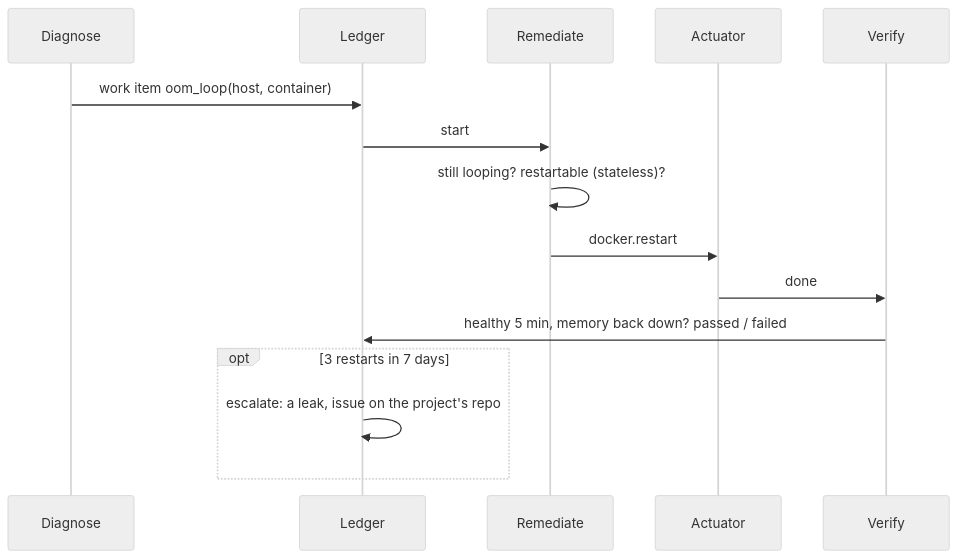
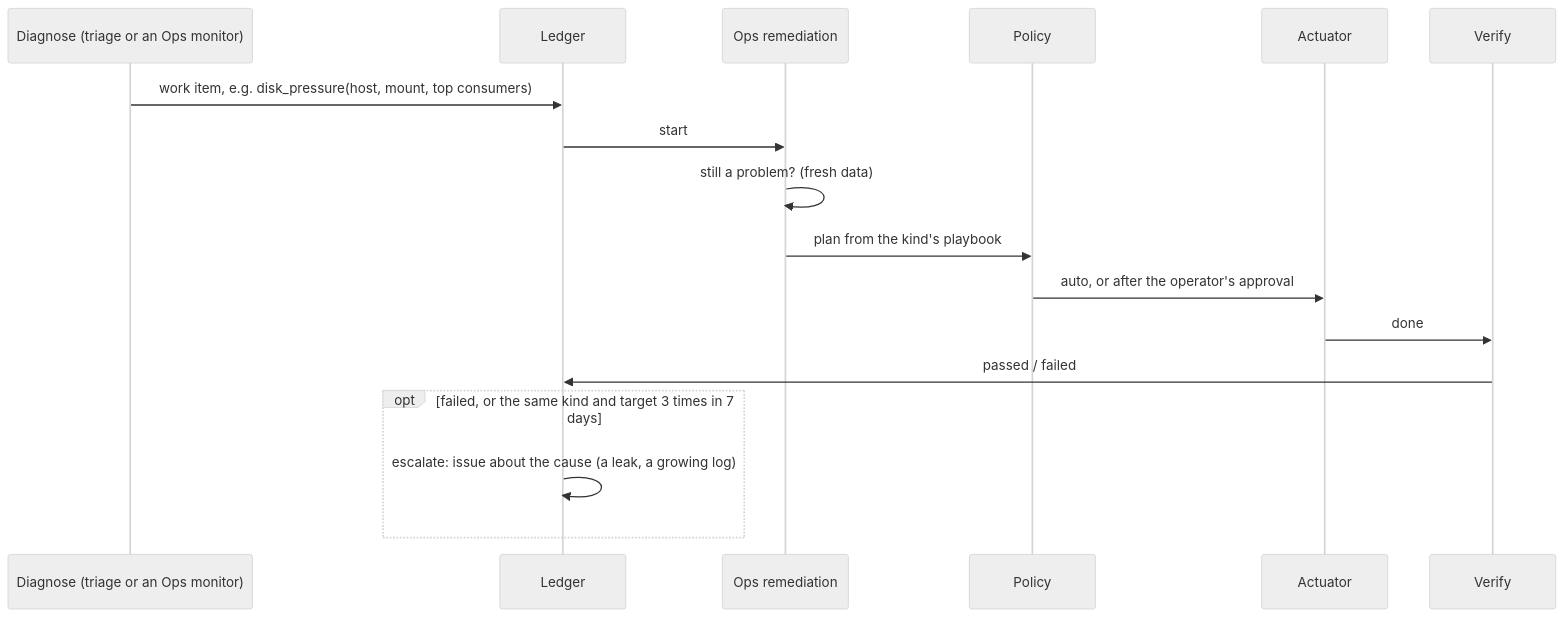
One commit to chipi/flotilla changed the sixth of 10 diagrams in docs/rfc/RFC-0004-agent-pipeline.md. Above: the diagram before and after it, drawn with Mermaid (neutral theme). The commit also changed other lines of this file, not shown here.

First line of the commit message:
docs(rfc): RFC-0004: Ops is one fleet (the SRE team) with item kinds; SEO is the digital marketing fleet's first use case

````diff
--- a/docs/rfc/RFC-0004-agent-pipeline.md
+++ b/docs/rfc/RFC-0004-agent-pipeline.md
@@ -305,17 +288,19 @@
 ```mermaid
 sequenceDiagram
-    participant T as Diagnose
+    participant D as Diagnose (triage or an Ops monitor)
     participant L as Ledger
-    participant Rm as Remediate
+    participant Rm as Ops remediation
+    participant P as Policy
     participant X as Actuator
     participant V as Verify
-    T->>L: work item oom_loop(host, container)
+    D->>L: work item, e.g. disk_pressure(host, mount, top consumers)
     L->>Rm: start
-    Rm->>Rm: still looping? restartable (stateless)?
-    Rm->>X: docker.restart
+    Rm->>Rm: still a problem? (fresh data)
+    Rm->>P: plan from the kind's playbook
+    P->>X: auto, or after the operator's approval
     X->>V: done
-    V->>L: healthy 5 min, memory back down? passed / failed
-    opt 3 restarts in 7 days
-        L->>L: escalate: a leak, issue on the project's repo
+    V->>L: passed / failed
+    opt failed, or the same kind and target 3 times in 7 days
+        L->>L: escalate: issue about the cause (a leak, a growing log)
     end
 ```
````
